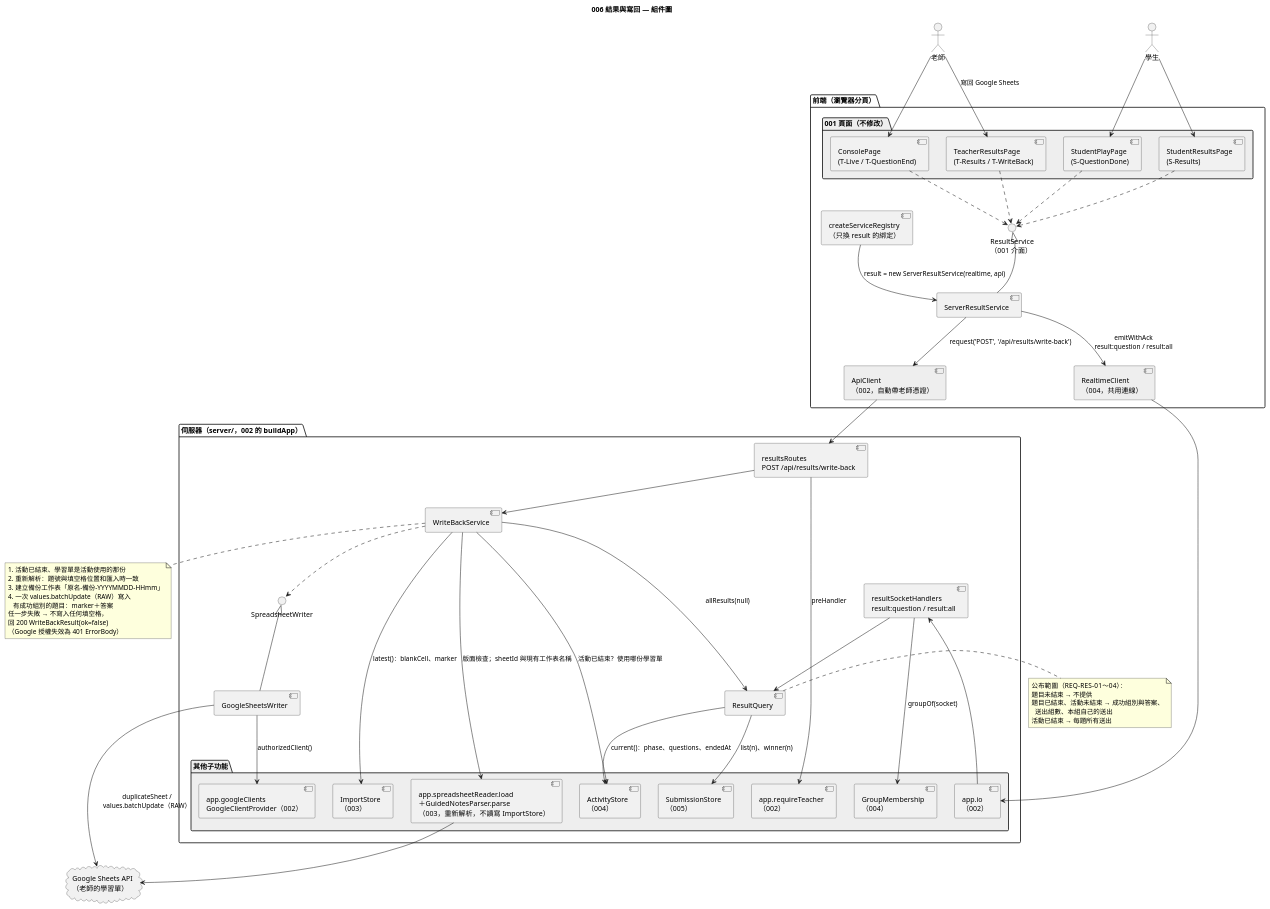
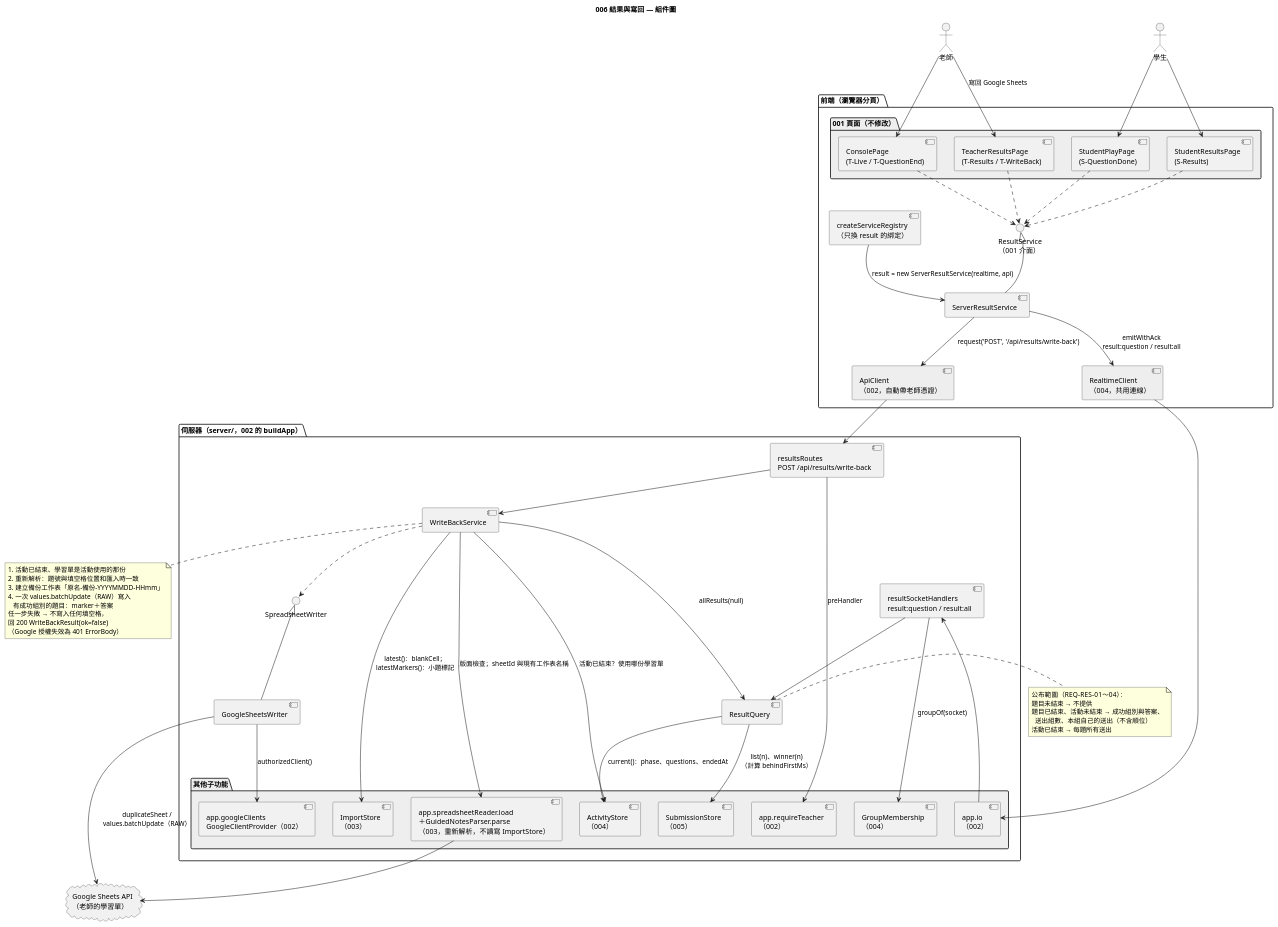
One commit to Ting10-01/quiz_buzzer_speckit changed the diagram in diagrams/006-component.puml. Above: the diagram before and after it, drawn with PlantUML. The commit also changed 12 other files, not shown here.

First line of the commit message:
spec(006): 依 spec 修改同步設計、任務與圖表

```diff
--- a/diagrams/006-component.puml
+++ b/diagrams/006-component.puml
@@ -1,98 +1,98 @@
 @startuml 006-component
 title 006 結果與寫回 — 組件圖
 
 skinparam defaultFontName "PingFang TC"
 skinparam shadowing false
 skinparam componentStyle uml2
 
 actor "老師" as Teacher
 actor "學生" as Student
 cloud "Google Sheets API\n（老師的學習單）" as Google
 
 package "前端（瀏覽器分頁）" {
   package "001 頁面（不修改）" #EEEEEE {
     [ConsolePage\n(T-Live / T-QuestionEnd)] as PConsole
     [TeacherResultsPage\n(T-Results / T-WriteBack)] as PTResults
     [StudentPlayPage\n(S-QuestionDone)] as PPlay
     [StudentResultsPage\n(S-Results)] as PSResults
   }
   () "ResultService\n（001 介面）" as IResult
   [createServiceRegistry\n（只換 result 的綁定）] as Registry
   [ServerResultService] as SRS
   [RealtimeClient\n（004，共用連線）] as RC #EEEEEE
   [ApiClient\n（002，自動帶老師憑證）] as Api #EEEEEE
 }
 
 package "伺服器（server/，002 的 buildApp）" {
   [resultSocketHandlers\nresult:question / result:all] as SockH
   [resultsRoutes\nPOST /api/results/write-back] as Routes
   [ResultQuery] as Query
   [WriteBackService] as WBS
   () "SpreadsheetWriter" as IWriter
   [GoogleSheetsWriter] as GSW
 
   package "其他子功能" #EEEEEE {
     [app.io\n（002）] as IO
     [app.requireTeacher\n（002）] as ReqT
     [app.googleClients\nGoogleClientProvider（002）] as GCP
     [ImportStore\n（003）] as ImpStore
     [app.spreadsheetReader.load\n＋GuidedNotesParser.parse\n（003，重新解析，不讀寫 ImportStore）] as Reparse
     [ActivityStore\n（004）] as ActStore
     [GroupMembership\n（004）] as Members
     [SubmissionStore\n（005）] as SubStore
   }
 }
 
 Teacher --> PTResults : 寫回 Google Sheets
 Teacher --> PConsole
 Student --> PPlay
 Student --> PSResults
 
 PConsole ..> IResult
 PTResults ..> IResult
 PPlay ..> IResult
 PSResults ..> IResult
 Registry --> SRS : result = new ServerResultService(realtime, api)
 SRS -up-|> IResult
 SRS --> RC : emitWithAck\nresult:question / result:all
 SRS --> Api : request('POST', '/api/results/write-back')
 
 RC --> IO
 IO --> SockH
 SockH --> Members : groupOf(socket)
 SockH --> Query
 Query --> ActStore : current()：phase、questions、endedAt
-Query --> SubStore : list(n)、winner(n)
+Query --> SubStore : list(n)、winner(n)\n（計算 behindFirstMs）
 
 Api --> Routes
 Routes --> ReqT : preHandler
 Routes --> WBS
 WBS --> ActStore : 活動已結束？使用哪份學習單
-WBS --> ImpStore : latest()：blankCell、marker
+WBS --> ImpStore : latest()：blankCell；\nlatestMarkers()：小題標記
 WBS --> Reparse : 版面檢查；sheetId 與現有工作表名稱
 WBS --> Query : allResults(null)
 WBS ..> IWriter
 GSW -up-|> IWriter
 GSW --> GCP : authorizedClient()
 GSW --> Google : duplicateSheet /\nvalues.batchUpdate（RAW）
 Reparse --> Google
 
 note right of Query
   公布範圍（REQ-RES-01～04）：
   題目未結束 → 不提供
   題目已結束、活動未結束 → 成功組別與答案、
-    送出組數、本組自己的送出
+    送出組數、本組自己的送出（不含順位）
   活動已結束 → 每題所有送出
 end note
 
 note bottom of WBS
   1. 活動已結束、學習單是活動使用的那份
   2. 重新解析：題號與填空格位置和匯入時一致
   3. 建立備份工作表「原名-備份-YYYYMMDD-HHmm」
   4. 一次 values.batchUpdate（RAW）寫入
      有成功組別的題目：marker＋答案
   任一步失敗 → 不寫入任何填空格，
   回 200 WriteBackResult(ok=false)
   （Google 授權失效為 401 ErrorBody）
 end note
 @enduml
```
